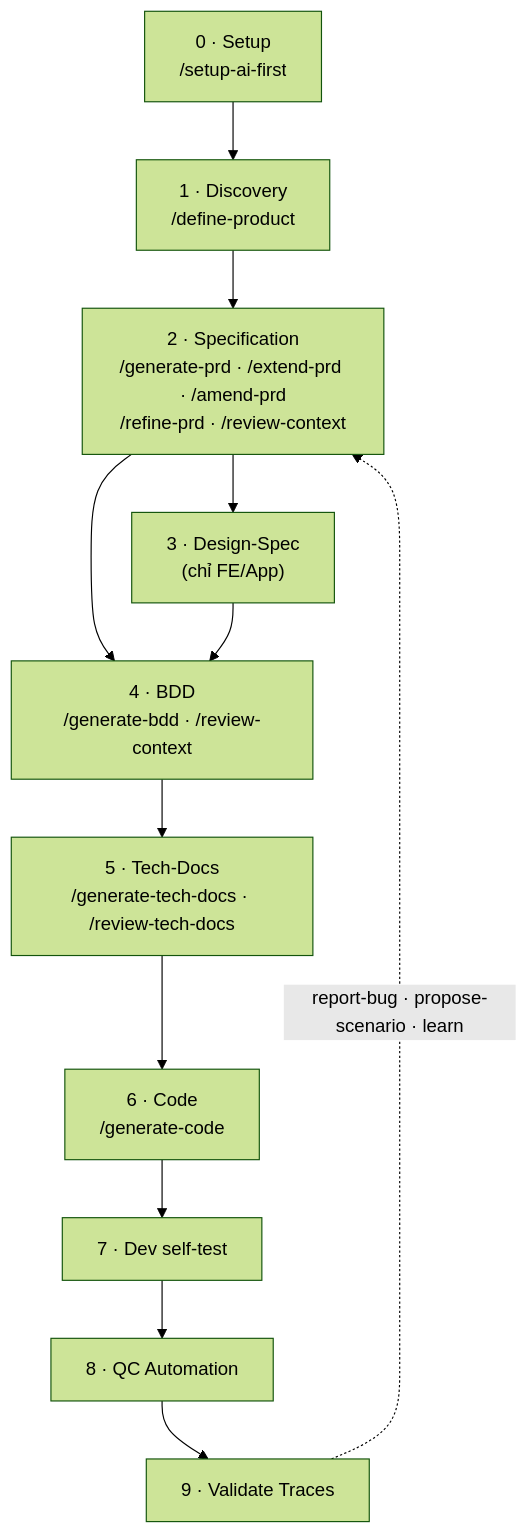
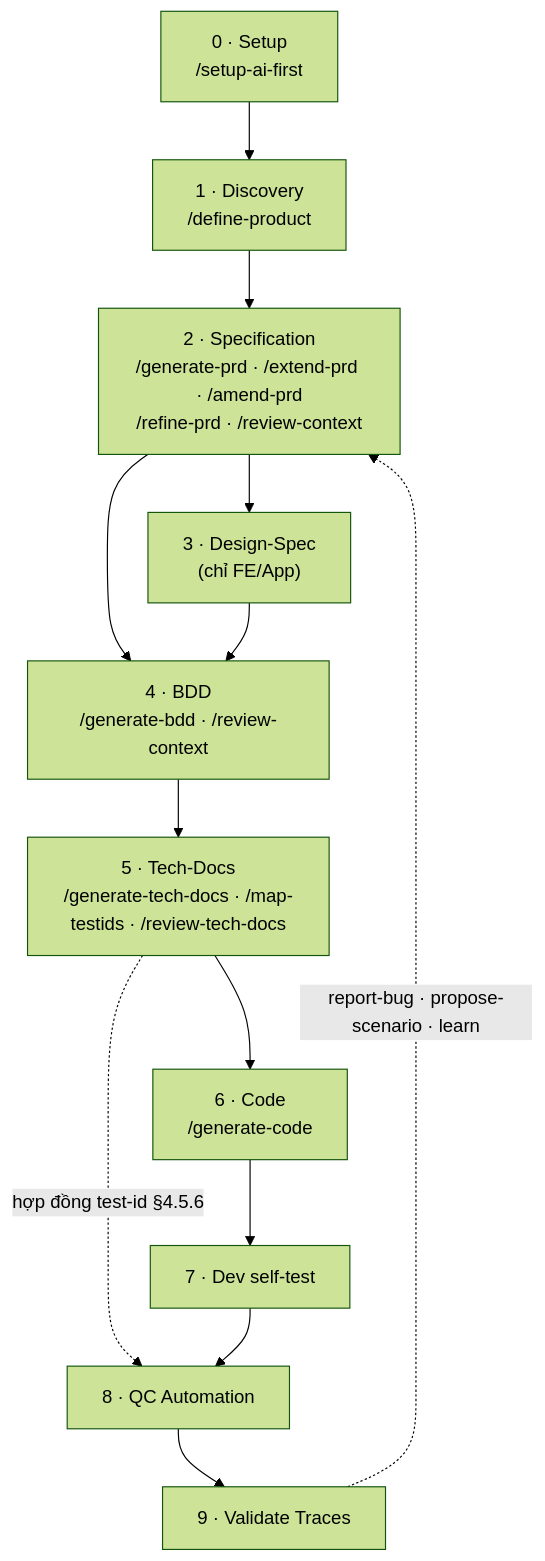
The diagram in 02-concepts/overview.md (duclm2/sdd-guide), drawn with Mermaid (forest theme) before and after one commit. The commit also changed other lines of this file and 35 other files, not shown here.

````diff
--- a/02-concepts/overview.md
+++ b/02-concepts/overview.md
@@ -11,14 +11,15 @@
 ```mermaid
 flowchart TD
     S["0 · Setup<br/>/setup-ai-first"] --> D["1 · Discovery<br/>/define-product"]
     D --> SP["2 · Specification<br/>/generate-prd · /extend-prd · /amend-prd<br/>/refine-prd · /review-context"]
     SP --> DS["3 · Design-Spec<br/>(chỉ FE/App)"]
     SP --> B["4 · BDD<br/>/generate-bdd · /review-context"]
     DS --> B
-    B --> T["5 · Tech-Docs<br/>/generate-tech-docs · /review-tech-docs"]
+    B --> T["5 · Tech-Docs<br/>/generate-tech-docs · /map-testids · /review-tech-docs"]
     T --> C["6 · Code<br/>/generate-code"]
+    T -.->|"hợp đồng test-id §4.5.6"| Q
     C --> DV["7 · Dev self-test"]
     DV --> Q["8 · QC Automation"]
     Q --> V["9 · Validate Traces"]
     V -.->|"report-bug · propose-scenario · learn"| SP
 ```
````
